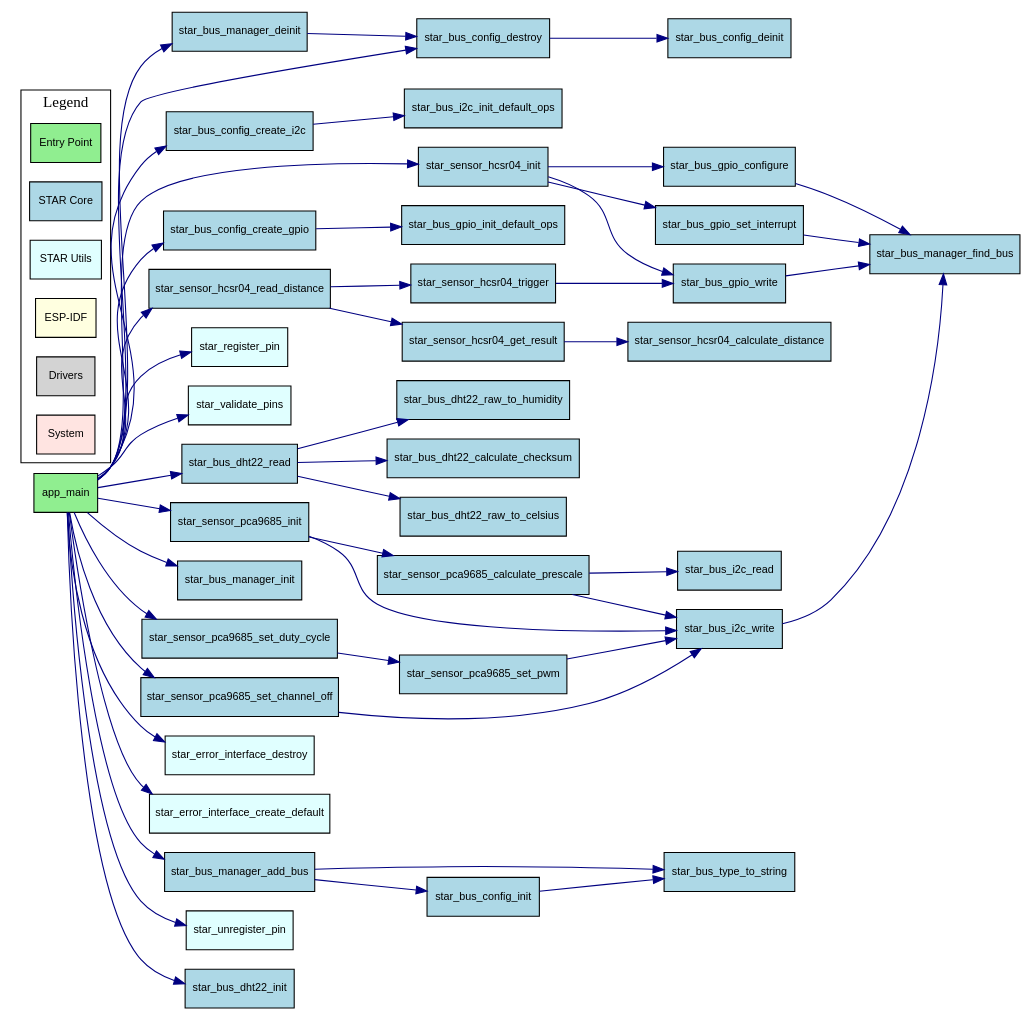
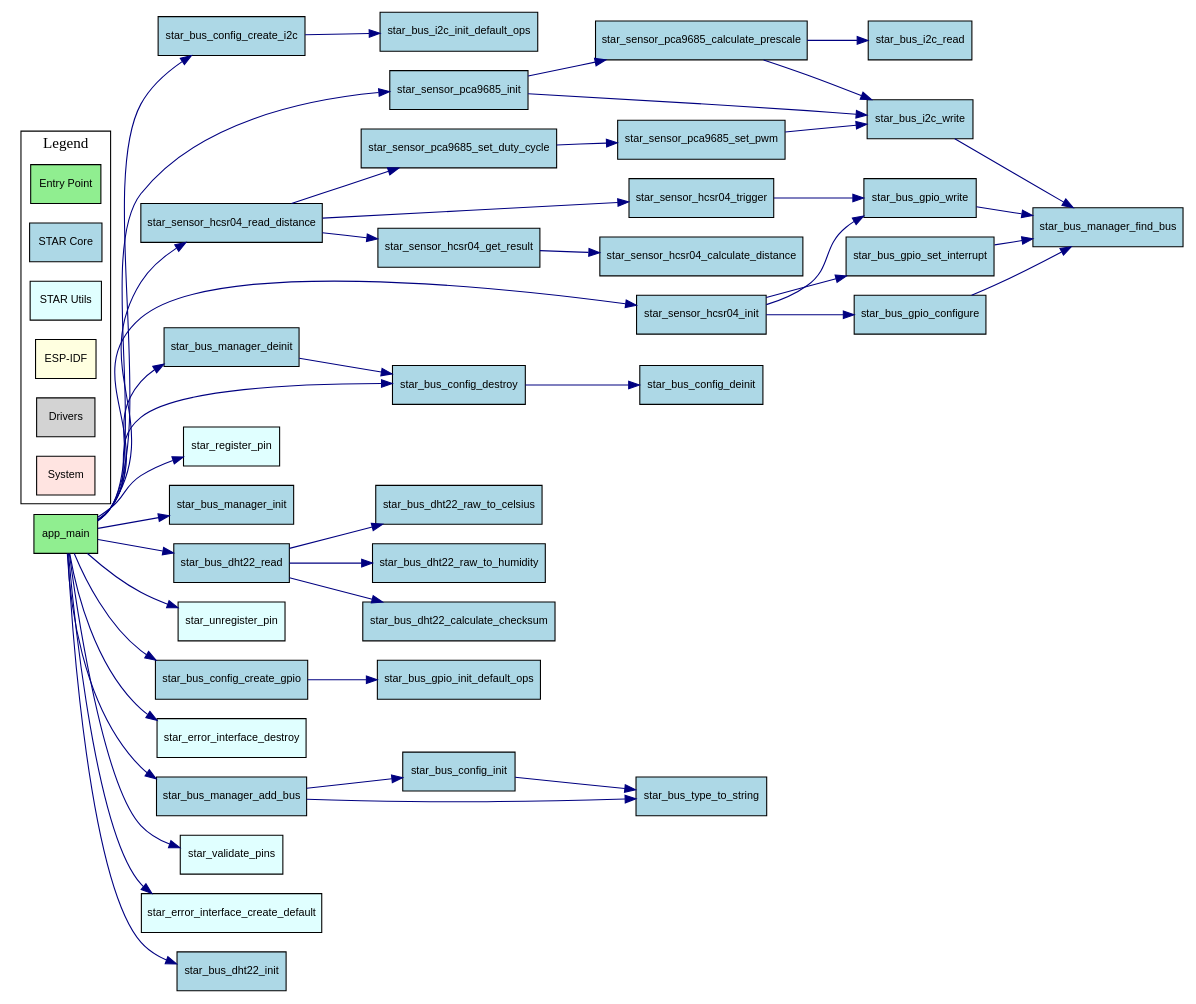
Before and after one commit to Locked-Inc/STAR: the diagram in ESP32-Firmware/docs/callgraph/visual_levels/callgraph_application.dot, drawn with Graphviz. The commit also changed 390 other files, not shown here.

```diff
--- a/ESP32-Firmware/docs/callgraph/visual_levels/callgraph_application.dot
+++ b/ESP32-Firmware/docs/callgraph/visual_levels/callgraph_application.dot
@@ -1,103 +1,100 @@
 digraph "Application Layer View" {
     rankdir=LR;
     node [shape=box style=filled fontname="Arial" fontsize=10];
     edge [color=navy fontsize=8];
     
+    "star_bus_config_create_i2c" [fillcolor=lightblue];
+    "star_sensor_pca9685_set_duty_cycle" [fillcolor=lightblue];
+    "star_sensor_pca9685_init" [fillcolor=lightblue];
+    "star_bus_manager_deinit" [fillcolor=lightblue];
+    "star_register_pin" [fillcolor=lightcyan];
+    "star_bus_manager_find_bus" [fillcolor=lightblue];
+    "star_bus_manager_init" [fillcolor=lightblue];
+    "star_bus_dht22_read" [fillcolor=lightblue];
+    "star_sensor_hcsr04_get_result" [fillcolor=lightblue];
+    "star_unregister_pin" [fillcolor=lightcyan];
+    "star_bus_config_create_gpio" [fillcolor=lightblue];
+    "star_bus_config_init" [fillcolor=lightblue];
+    "star_sensor_pca9685_calculate_prescale" [fillcolor=lightblue];
+    "star_bus_config_deinit" [fillcolor=lightblue];
+    "star_bus_gpio_init_default_ops" [fillcolor=lightblue];
+    "star_sensor_hcsr04_trigger" [fillcolor=lightblue];
+    "star_error_interface_destroy" [fillcolor=lightcyan];
+    "star_bus_i2c_init_default_ops" [fillcolor=lightblue];
+    "star_bus_i2c_read" [fillcolor=lightblue];
+    "star_sensor_hcsr04_read_distance" [fillcolor=lightblue];
+    "star_sensor_pca9685_set_pwm" [fillcolor=lightblue];
+    "star_bus_gpio_set_interrupt" [fillcolor=lightblue];
+    "star_bus_gpio_write" [fillcolor=lightblue];
+    "star_bus_dht22_raw_to_humidity" [fillcolor=lightblue];
+    "star_bus_manager_add_bus" [fillcolor=lightblue];
+    "star_sensor_hcsr04_init" [fillcolor=lightblue];
+    "star_validate_pins" [fillcolor=lightcyan];
+    "star_bus_i2c_write" [fillcolor=lightblue];
+    "star_bus_gpio_configure" [fillcolor=lightblue];
+    "star_sensor_hcsr04_calculate_distance" [fillcolor=lightblue];
+    "app_main" [fillcolor=lightgreen fontweight=bold];
+    "star_error_interface_create_default" [fillcolor=lightcyan];
+    "star_bus_dht22_init" [fillcolor=lightblue];
+    "star_bus_dht22_calculate_checksum" [fillcolor=lightblue];
     "star_bus_type_to_string" [fillcolor=lightblue];
-    "star_bus_manager_deinit" [fillcolor=lightblue];
-    "star_bus_config_create_i2c" [fillcolor=lightblue];
-    "star_sensor_hcsr04_init" [fillcolor=lightblue];
-    "star_bus_dht22_raw_to_humidity" [fillcolor=lightblue];
-    "star_bus_dht22_calculate_checksum" [fillcolor=lightblue];
+    "star_bus_dht22_raw_to_celsius" [fillcolor=lightblue];
     "star_bus_config_destroy" [fillcolor=lightblue];
-    "star_bus_config_create_gpio" [fillcolor=lightblue];
-    "star_sensor_pca9685_set_duty_cycle" [fillcolor=lightblue];
-    "star_bus_manager_find_bus" [fillcolor=lightblue];
-    "star_bus_i2c_write" [fillcolor=lightblue];
-    "star_register_pin" [fillcolor=lightcyan];
-    "star_sensor_pca9685_calculate_prescale" [fillcolor=lightblue];
-    "star_sensor_hcsr04_calculate_distance" [fillcolor=lightblue];
-    "star_validate_pins" [fillcolor=lightcyan];
-    "star_bus_config_deinit" [fillcolor=lightblue];
-    "star_sensor_hcsr04_trigger" [fillcolor=lightblue];
-    "star_bus_config_init" [fillcolor=lightblue];
-    "star_bus_gpio_configure" [fillcolor=lightblue];
-    "star_sensor_hcsr04_read_distance" [fillcolor=lightblue];
-    "star_bus_dht22_read" [fillcolor=lightblue];
-    "star_bus_i2c_read" [fillcolor=lightblue];
-    "star_sensor_pca9685_set_pwm" [fillcolor=lightblue];
-    "star_bus_manager_init" [fillcolor=lightblue];
-    "star_sensor_hcsr04_get_result" [fillcolor=lightblue];
-    "star_sensor_pca9685_set_channel_off" [fillcolor=lightblue];
-    "star_sensor_pca9685_init" [fillcolor=lightblue];
-    "star_bus_dht22_raw_to_celsius" [fillcolor=lightblue];
-    "star_error_interface_destroy" [fillcolor=lightcyan];
-    "star_error_interface_create_default" [fillcolor=lightcyan];
-    "star_bus_manager_add_bus" [fillcolor=lightblue];
-    "star_bus_gpio_write" [fillcolor=lightblue];
-    "star_unregister_pin" [fillcolor=lightcyan];
-    "star_bus_gpio_set_interrupt" [fillcolor=lightblue];
-    "star_bus_gpio_init_default_ops" [fillcolor=lightblue];
-    "star_bus_i2c_init_default_ops" [fillcolor=lightblue];
-    "star_bus_dht22_init" [fillcolor=lightblue];
-    "app_main" [fillcolor=lightgreen fontweight=bold];
     "app_main" -> "star_bus_config_create_gpio";
     "app_main" -> "star_bus_config_create_i2c";
     "app_main" -> "star_bus_config_destroy";
     "app_main" -> "star_bus_dht22_init";
     "app_main" -> "star_bus_dht22_read";
     "app_main" -> "star_bus_manager_add_bus";
     "app_main" -> "star_bus_manager_deinit";
     "app_main" -> "star_bus_manager_init";
     "app_main" -> "star_error_interface_create_default";
     "app_main" -> "star_error_interface_destroy";
     "app_main" -> "star_register_pin";
     "app_main" -> "star_sensor_hcsr04_init";
     "app_main" -> "star_sensor_hcsr04_read_distance";
     "app_main" -> "star_sensor_pca9685_init";
-    "app_main" -> "star_sensor_pca9685_set_channel_off";
-    "app_main" -> "star_sensor_pca9685_set_duty_cycle";
     "app_main" -> "star_unregister_pin";
     "app_main" -> "star_validate_pins";
     "star_bus_config_create_gpio" -> "star_bus_gpio_init_default_ops";
     "star_bus_config_create_i2c" -> "star_bus_i2c_init_default_ops";
     "star_bus_config_destroy" -> "star_bus_config_deinit";
     "star_bus_config_init" -> "star_bus_type_to_string";
     "star_bus_dht22_read" -> "star_bus_dht22_calculate_checksum";
     "star_bus_dht22_read" -> "star_bus_dht22_raw_to_celsius";
     "star_bus_dht22_read" -> "star_bus_dht22_raw_to_humidity";
     "star_bus_gpio_configure" -> "star_bus_manager_find_bus";
     "star_bus_gpio_set_interrupt" -> "star_bus_manager_find_bus";
     "star_bus_gpio_write" -> "star_bus_manager_find_bus";
     "star_bus_i2c_write" -> "star_bus_manager_find_bus";
     "star_bus_manager_add_bus" -> "star_bus_config_init";
     "star_bus_manager_add_bus" -> "star_bus_type_to_string";
     "star_bus_manager_deinit" -> "star_bus_config_destroy";
     "star_sensor_hcsr04_get_result" -> "star_sensor_hcsr04_calculate_distance";
     "star_sensor_hcsr04_init" -> "star_bus_gpio_configure";
     "star_sensor_hcsr04_init" -> "star_bus_gpio_set_interrupt";
     "star_sensor_hcsr04_init" -> "star_bus_gpio_write";
     "star_sensor_hcsr04_read_distance" -> "star_sensor_hcsr04_get_result";
     "star_sensor_hcsr04_read_distance" -> "star_sensor_hcsr04_trigger";
+    "star_sensor_hcsr04_read_distance" -> "star_sensor_pca9685_set_duty_cycle";
     "star_sensor_hcsr04_trigger" -> "star_bus_gpio_write";
     "star_sensor_pca9685_calculate_prescale" -> "star_bus_i2c_read";
     "star_sensor_pca9685_calculate_prescale" -> "star_bus_i2c_write";
     "star_sensor_pca9685_init" -> "star_bus_i2c_write";
     "star_sensor_pca9685_init" -> "star_sensor_pca9685_calculate_prescale";
-    "star_sensor_pca9685_set_channel_off" -> "star_bus_i2c_write";
     "star_sensor_pca9685_set_duty_cycle" -> "star_sensor_pca9685_set_pwm";
     "star_sensor_pca9685_set_pwm" -> "star_bus_i2c_write";
 
     // Legend
     subgraph cluster_legend {
         label="Legend";
         style=filled;
         fillcolor=white;
         "Entry Point" [fillcolor=lightgreen];
         "STAR Core" [fillcolor=lightblue];
         "STAR Utils" [fillcolor=lightcyan];
         "ESP-IDF" [fillcolor=lightyellow];
         "Drivers" [fillcolor=lightgray];
         "System" [fillcolor=mistyrose];
     }
 }
```
